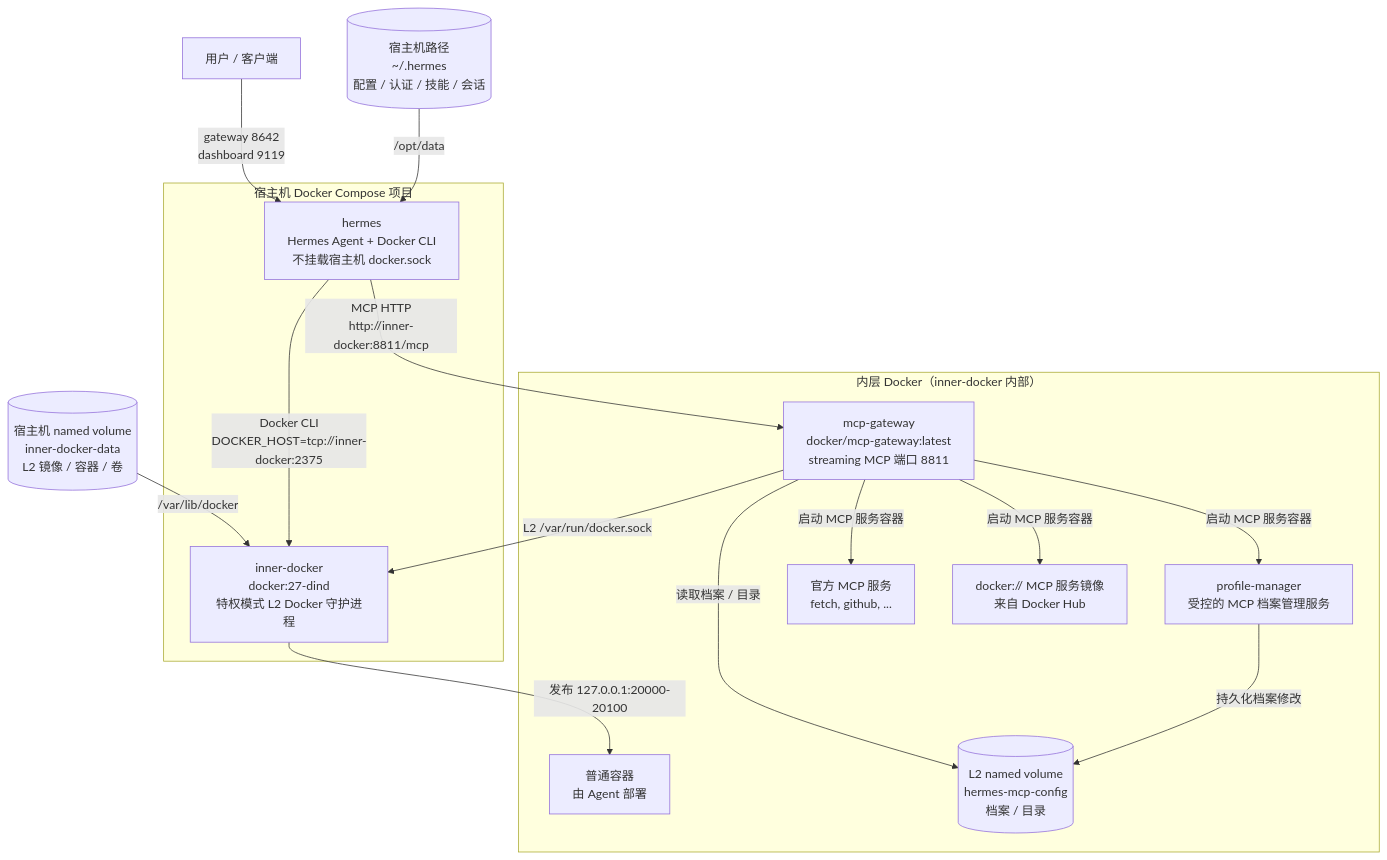
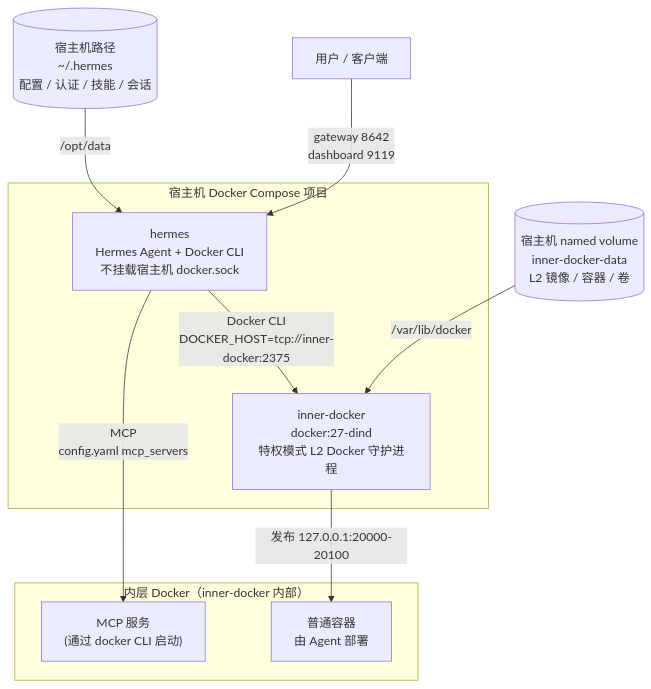
Before and after one commit to sekai-dev-team/hermes-docker-deployment: the diagram in README.md, drawn with Mermaid. The commit also changed other lines of this file and 11 other files, not shown here.

First line of the commit message:
refactor: remove MCP Gateway, profile-manager, and catalog

````diff
--- a/README.md
+++ b/README.md
@@ -59,33 +58,22 @@
 ```mermaid
 flowchart TB
     User["用户 / 客户端"] -->|gateway 8642<br/>dashboard 9119| Hermes
 
     subgraph Compose["宿主机 Docker Compose 项目"]
         Hermes["hermes<br/>Hermes Agent + Docker CLI<br/>不挂载宿主机 docker.sock"]
         InnerDocker["inner-docker<br/>docker:27-dind<br/>特权模式 L2 Docker 守护进程"]
     end
 
     HermesData[("宿主机路径<br/>~/.hermes<br/>配置 / 认证 / 技能 / 会话")] -->|/opt/data| Hermes
     InnerDockerData[("宿主机 named volume<br/>inner-docker-data<br/>L2 镜像 / 容器 / 卷")] -->|/var/lib/docker| InnerDocker
 
     subgraph L2["内层 Docker（inner-docker 内部）"]
-        Gateway["mcp-gateway<br/>docker/mcp-gateway:latest<br/>streaming MCP 端口 8811"]
-        ProfileManager["profile-manager<br/>受控的 MCP 档案管理服务"]
-        McpServers["官方 MCP 服务<br/>fetch, github, ..."]
-        DockerMcpImages["docker:// MCP 服务镜像<br/>来自 Docker Hub"]
+        McpServers["MCP 服务<br/>(通过 docker CLI 启动)"]
         Workloads["普通容器<br/>由 Agent 部署"]
-        McpConfig[("L2 named volume<br/>hermes-mcp-config<br/>档案 / 目录")]
     end
 
     Hermes -->|Docker CLI<br/>DOCKER_HOST=tcp://inner-docker:2375| InnerDocker
-    Hermes -->|MCP HTTP<br/>http://inner-docker:8811/mcp| Gateway
+    Hermes -->|MCP<br/>config.yaml mcp_servers| McpServers
 
-    Gateway -->|L2 /var/run/docker.sock| InnerDocker
-    Gateway -->|读取档案 / 目录| McpConfig
-    Gateway -->|启动 MCP 服务容器| ProfileManager
-    Gateway -->|启动 MCP 服务容器| McpServers
-    Gateway -->|启动 MCP 服务容器| DockerMcpImages
     InnerDocker -->|发布 127.0.0.1:20000-20100| Workloads
-
-    ProfileManager -->|持久化档案修改| McpConfig
 ```
````
